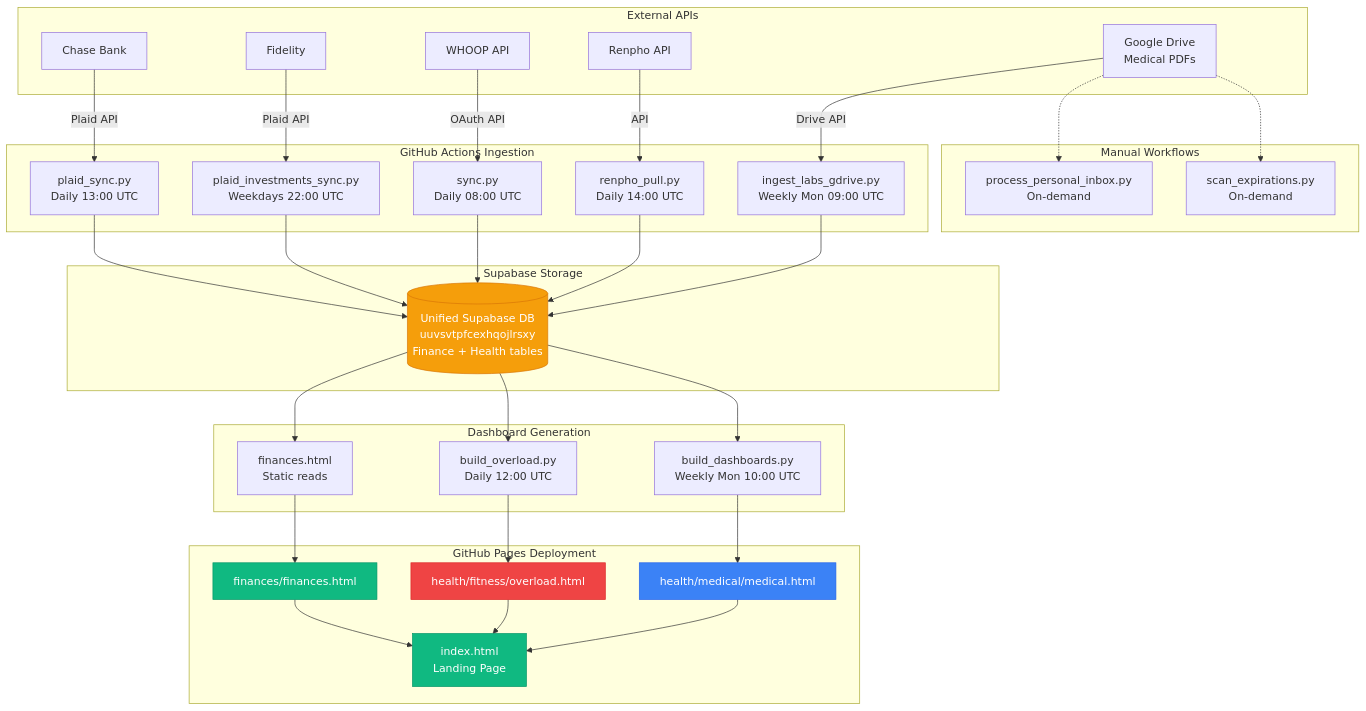
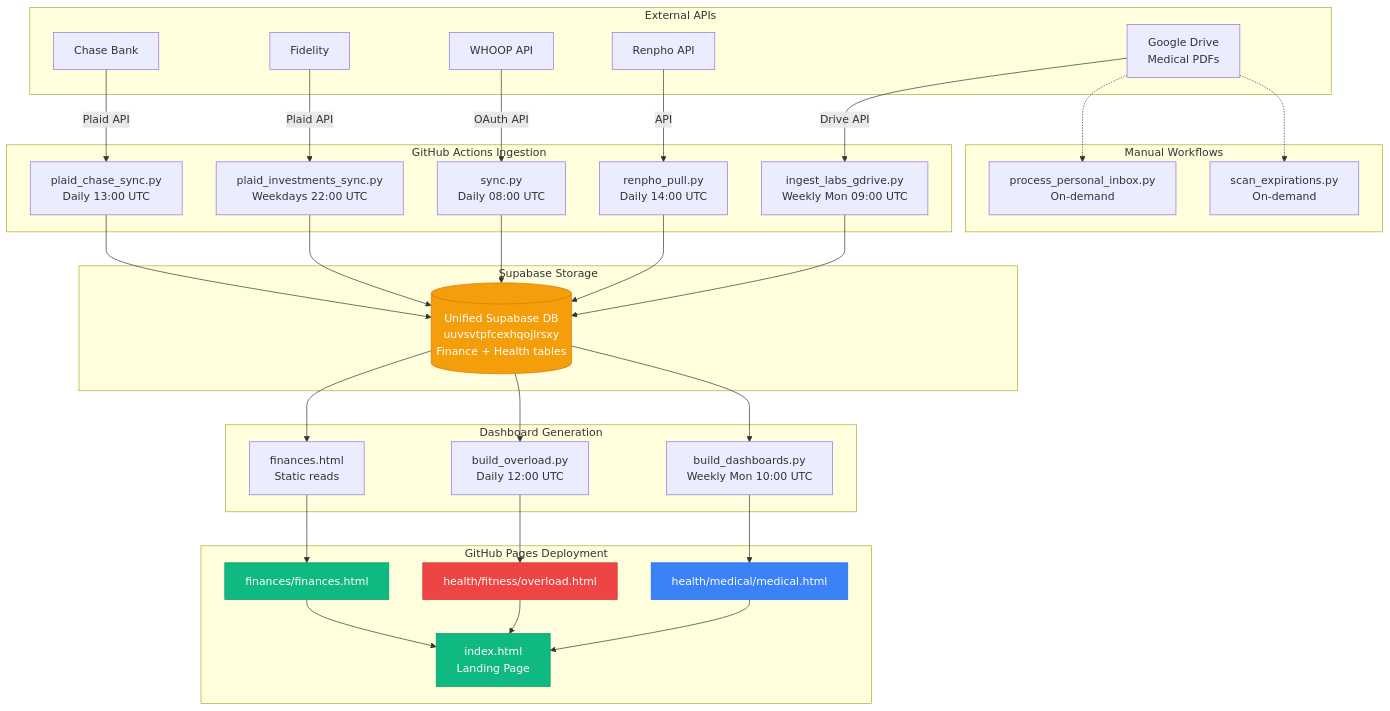
Before and after one commit to fernandomartinez-de/personal: the diagram in vault/workflows/README.md, drawn with Mermaid. The commit also changed other lines of this file and 18 other files, not shown here.

````diff
--- a/vault/workflows/README.md
+++ b/vault/workflows/README.md
@@ -221,73 +221,73 @@
 ```mermaid
 graph TB
     subgraph "External APIs"
         CHASE[Chase Bank]
         FIDELITY[Fidelity]
         WHOOP[WHOOP API]
         RENPHO[Renpho API]
         GDRIVE[Google Drive<br/>Medical PDFs]
     end
 
     subgraph "GitHub Actions Ingestion"
-        PLAID_C[plaid_sync.py<br/>Daily 13:00 UTC]
+        PLAID_C[plaid_chase_sync.py<br/>Daily 13:00 UTC]
         PLAID_I[plaid_investments_sync.py<br/>Weekdays 22:00 UTC]
         WHOOP_S[sync.py<br/>Daily 08:00 UTC]
         BODY_S[renpho_pull.py<br/>Daily 14:00 UTC]
         LABS_I[ingest_labs_gdrive.py<br/>Weekly Mon 09:00 UTC]
     end
 
     subgraph "Supabase Storage"
         SUPA_DB[(Unified Supabase DB<br/>uuvsvtpfcexhqojlrsxy<br/>Finance + Health tables)]
     end
 
     subgraph "Dashboard Generation"
         BUILD_F[finances.html<br/>Static reads]
         BUILD_FIT[build_overload.py<br/>Daily 12:00 UTC]
         BUILD_MED[build_dashboards.py<br/>Weekly Mon 10:00 UTC]
     end
 
     subgraph "GitHub Pages Deployment"
         LANDING[index.html<br/>Landing Page]
         DASH_F[finances/finances.html]
         DASH_FIT[health/fitness/overload.html]
         DASH_MED[health/medical/medical.html]
     end
 
     subgraph "Manual Workflows"
         DOCS[process_personal_inbox.py<br/>On-demand]
         EXPIRE[scan_expirations.py<br/>On-demand]
     end
 
     CHASE -->|Plaid API| PLAID_C
     FIDELITY -->|Plaid API| PLAID_I
     WHOOP -->|OAuth API| WHOOP_S
     RENPHO -->|API| BODY_S
     GDRIVE -->|Drive API| LABS_I
 
     PLAID_C --> SUPA_DB
     PLAID_I --> SUPA_DB
     WHOOP_S --> SUPA_DB
     BODY_S --> SUPA_DB
     LABS_I --> SUPA_DB
 
     SUPA_DB --> BUILD_F
     SUPA_DB --> BUILD_FIT
     SUPA_DB --> BUILD_MED
 
     BUILD_F --> DASH_F
     BUILD_FIT --> DASH_FIT
     BUILD_MED --> DASH_MED
 
     DASH_F --> LANDING
     DASH_FIT --> LANDING
     DASH_MED --> LANDING
 
     GDRIVE -.-> DOCS
     GDRIVE -.-> EXPIRE
 
     style LANDING fill:#10b981,stroke:#059669,color:#fff
     style DASH_F fill:#10b981,stroke:#059669,color:#fff
     style DASH_FIT fill:#ef4444,stroke:#dc2626,color:#fff
     style DASH_MED fill:#3b82f6,stroke:#2563eb,color:#fff
     style SUPA_DB fill:#f59e0b,stroke:#d97706,color:#fff
 ```
````
